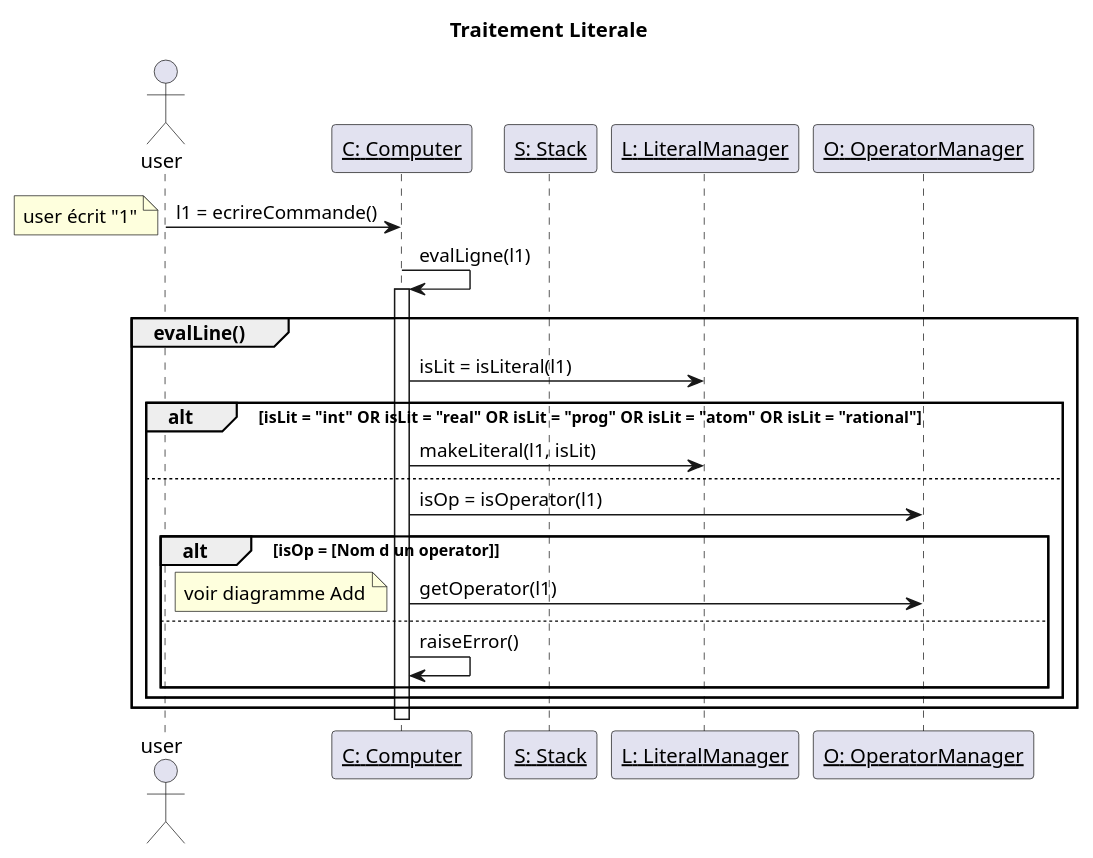
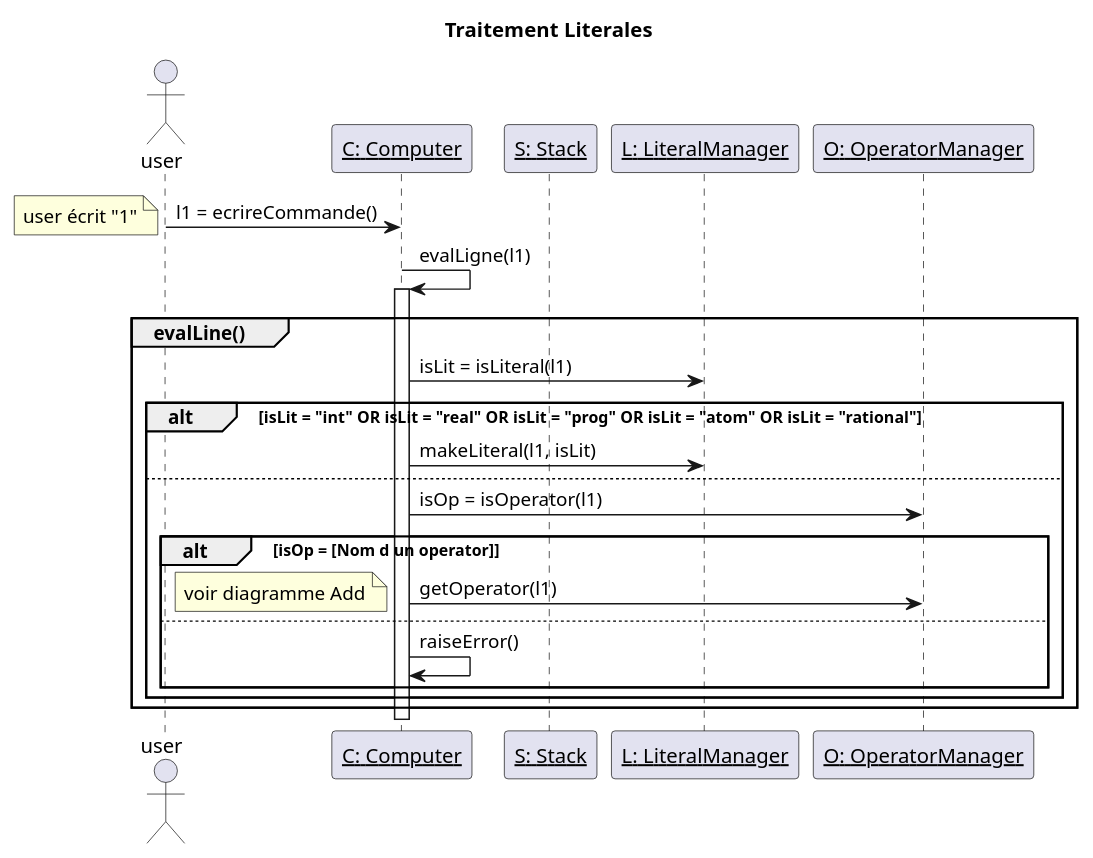
Before and after one commit to pltheoclement/LO21: the diagram in UML/diagrammeSequencetraitementLiteral.plantuml, drawn with PlantUML. The commit also changed 1 other file, not shown here.

Commit message:
Ajout du png de Traitement Literal

```diff
--- a/UML/diagrammeSequencetraitementLiteral.plantuml
+++ b/UML/diagrammeSequencetraitementLiteral.plantuml
@@ -1,31 +1,31 @@
 @startuml
-title Traitement Literale
+title Traitement Literales
 
 actor user
 
 participant "__C: Computer__" as Computer
 participant "__S: Stack__" as Stack
 participant "__L: LiteralManager__" as LiteralManager
 participant "__O: OperatorManager__" as OperatorManager
 
 user -> Computer : l1 = ecrireCommande()
 note left: user écrit "1"
 Computer -> Computer : evalLigne(l1)
 activate Computer
 group evalLine()
   Computer -> LiteralManager : isLit = isLiteral(l1)
   alt isLit = "int" OR isLit = "real" OR isLit = "prog" OR isLit = "atom" OR isLit = "rational"
     Computer -> LiteralManager : makeLiteral(l1, isLit)
   else
     Computer -> OperatorManager : isOp = isOperator(l1)
     alt isOp = [Nom d un operator]
       Computer -> OperatorManager:getOperator(l1)
       note left: voir diagramme Add
     else
       Computer -> Computer : raiseError()
     end
   end
 
 end
 
 @enduml
```
